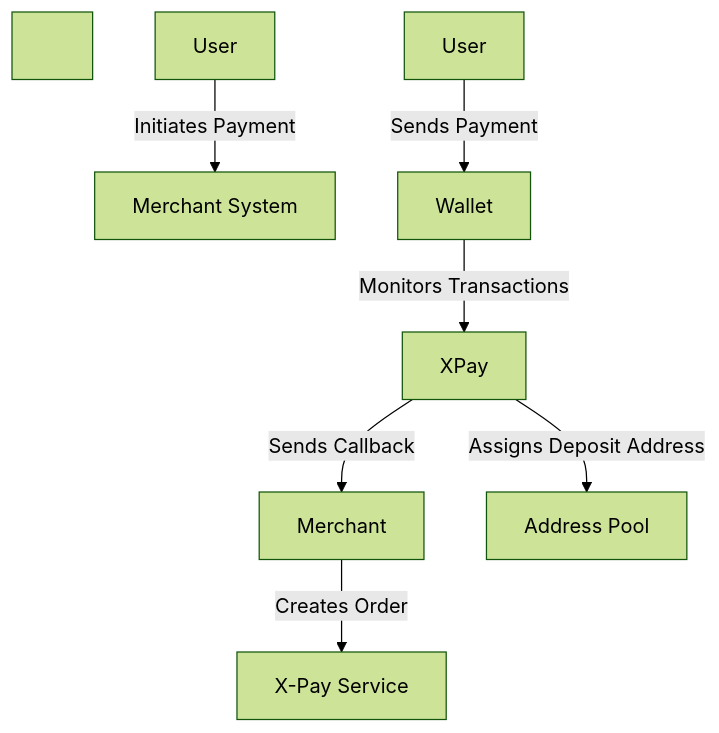
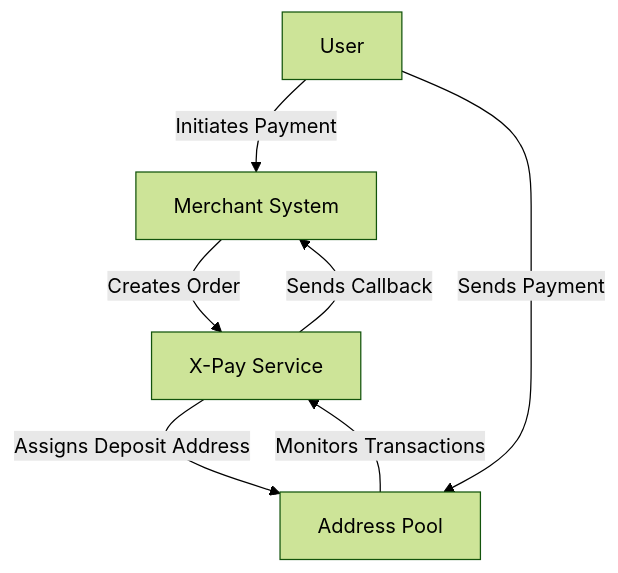
One commit to x-pay-official/x-pay changed the diagram in README_EN.md. Above: the diagram before and after it, drawn with Mermaid (forest theme). The commit also changed other lines of this file and 2 other files, not shown here.

````diff
--- a/README_EN.md
+++ b/README_EN.md
@@ -59,17 +21,9 @@
 ```mermaid
-
 flowchart TD
-
-&nbsp;   User\[User] --> |Initiates Payment| Merchant\[Merchant System]
-
-&nbsp;   Merchant --> |Creates Order| XPay\[X-Pay Service]
-
-&nbsp;   XPay --> |Assigns Deposit Address| Wallet\[Address Pool]
-
-&nbsp;   User --> |Sends Payment| Wallet
-
-&nbsp;   Wallet --> |Monitors Transactions| XPay
-
-&nbsp;   XPay --> |Sends Callback| Merchant
-
+    User[User] --> |Initiates Payment| Merchant[Merchant System]
+    Merchant --> |Creates Order| XPay[X-Pay Service]
+    XPay --> |Assigns Deposit Address| Wallet[Address Pool]
+    User --> |Sends Payment| Wallet
+    Wallet --> |Monitors Transactions| XPay
+    XPay --> |Sends Callback| Merchant
 ```
````
